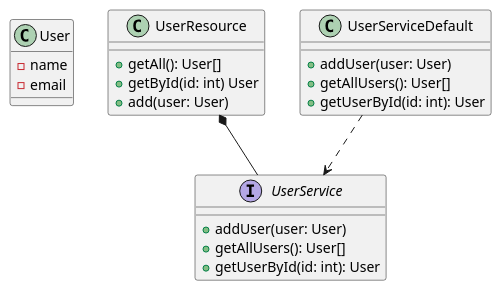
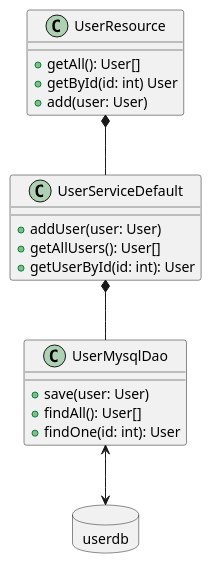
The diagram in classes-hard-dependency.plantuml (ownerofglory/hillel-jackarta-rs-tomcat-jersey-demo), drawn with PlantUML before and after one commit. The commit also changed 8 other files, not shown here.

Commit message:
Add workflow, tests and diagrams

```diff
--- a/classes-hard-dependency.plantuml
+++ b/classes-hard-dependency.plantuml
@@ -1,28 +1,29 @@
 @startuml
-class User {
-    -name
-    -email
-}
 
 class UserResource {
     +getAll(): User[]
     +getById(id: int) User
     +add(user: User)
 }
 
-interface UserService {
-    +addUser(user: User)
-    +getAllUsers(): User[]
-    +getUserById(id: int): User
-}
 
 class UserServiceDefault {
      +addUser(user: User)
      +getAllUsers(): User[]
      +getUserById(id: int): User
 }
 
-UserResource *-- UserService
-UserServiceDefault ..> UserService
+class UserMysqlDao {
+    +save(user: User)
+    +findAll(): User[]
+    +findOne(id: int): User
+}
+
+allowmixing
+database userdb
+
+UserResource *-- UserServiceDefault
+UserServiceDefault *-- UserMysqlDao
+UserMysqlDao <--> userdb
 
 @enduml
```
